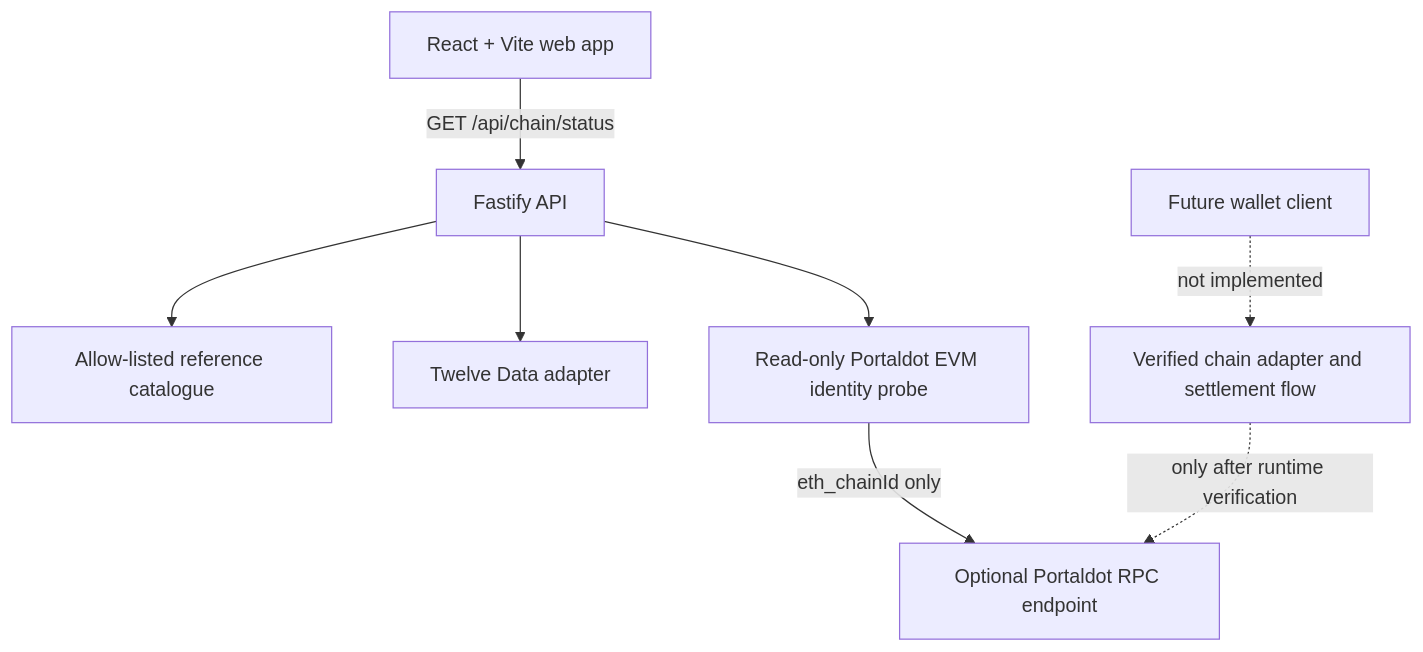
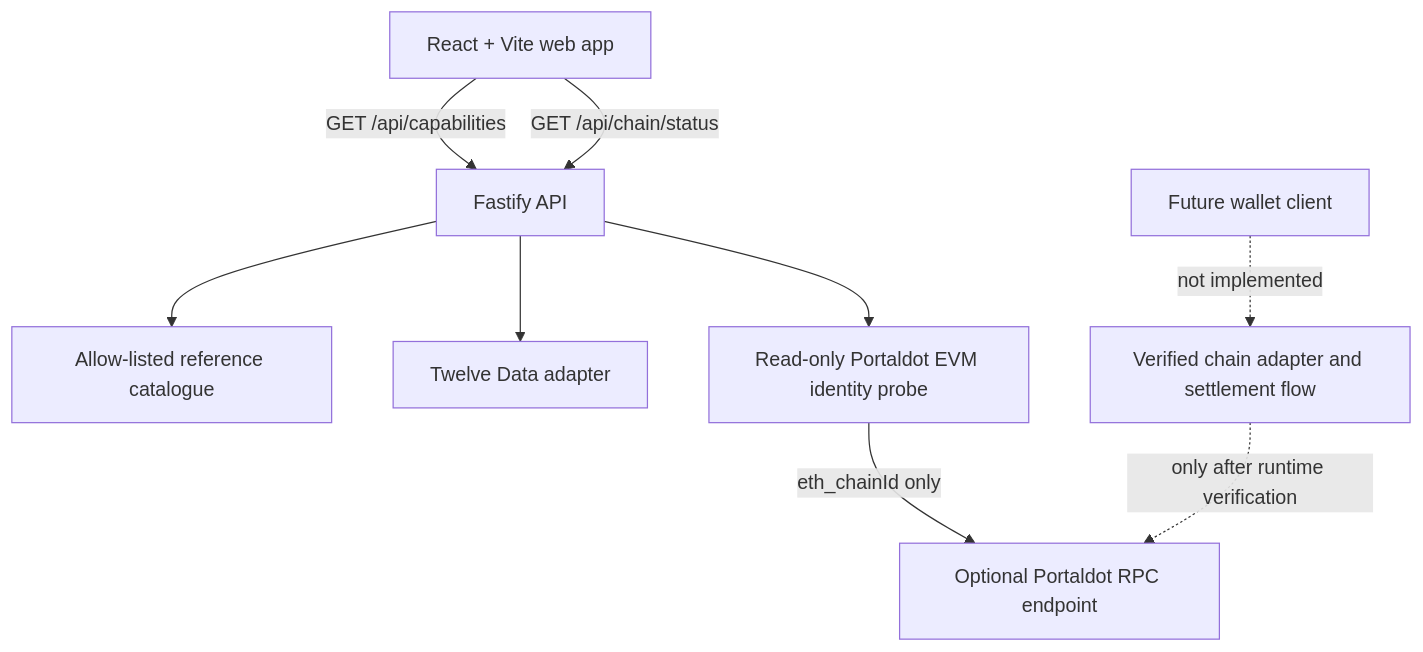
One commit to Investorquab/PASTX changed the diagram in docs/ARCHITECTURE.md. Above: the diagram before and after it, drawn with Mermaid. The commit also changed other lines of this file, not shown here.

Commit message:
docs(architecture): add capability discovery boundary

````diff
--- a/docs/ARCHITECTURE.md
+++ b/docs/ARCHITECTURE.md
@@ -26,19 +26,20 @@
 ```mermaid
 flowchart TD
   WEB[React + Vite web app]
   API[Fastify API]
   CATALOG[Allow-listed reference catalogue]
   DATA[Twelve Data adapter]
   CHAIN[Read-only Portaldot EVM identity probe]
   RPC[Optional Portaldot RPC endpoint]
   FUTURE[Future wallet client]
   VERIFY[Verified chain adapter and settlement flow]
 
+  WEB -->|GET /api/capabilities| API
   WEB -->|GET /api/chain/status| API
   API --> CATALOG
   API --> DATA
   API --> CHAIN
   CHAIN -->|eth_chainId only| RPC
   FUTURE -. not implemented .-> VERIFY
   VERIFY -. only after runtime verification .-> RPC
 ```
````
